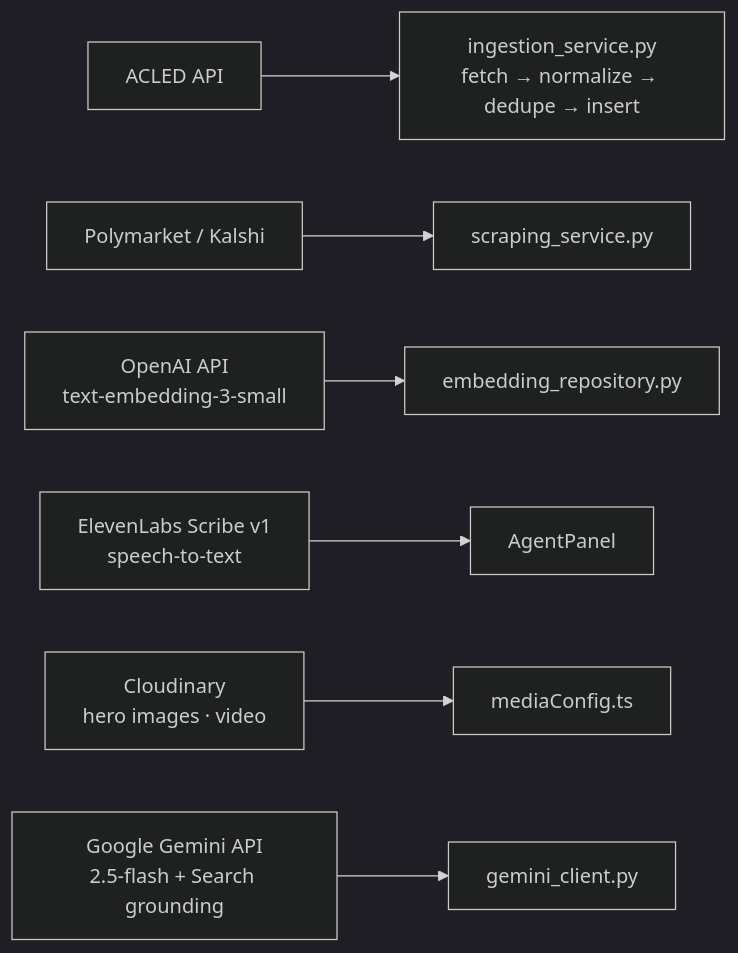
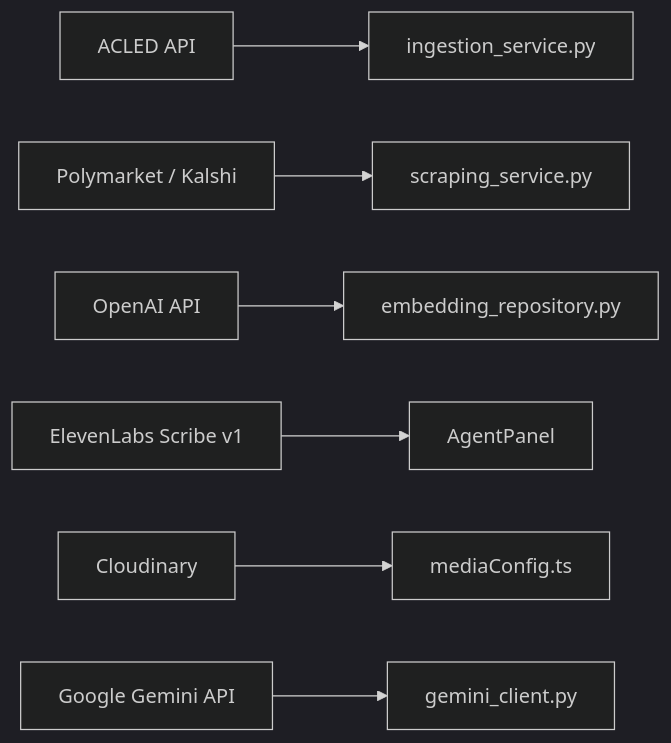
One commit to ryanzhou147/argus changed the third of 4 diagrams in README.md. Above: the diagram before and after it, drawn with Mermaid (dark theme). The commit also changed other lines of this file, not shown here.

Commit message:
chore: mermaid diagram update

````diff
--- a/README.md
+++ b/README.md
@@ -48,9 +48,9 @@
 ```mermaid
 flowchart LR
-    ACLEDApi["ACLED API"] --> IngestSvc["ingestion_service.py\nfetch → normalize → dedupe → insert"]
+    ACLEDApi["ACLED API"] --> IngestSvc["ingestion_service.py"]
     PolyKalshi["Polymarket / Kalshi"] --> ScrapeSvc["scraping_service.py"]
-    OpenAI["OpenAI API\ntext-embedding-3-small"] --> EmbedRepo["embedding_repository.py"]
-    ElevenLabs["ElevenLabs Scribe v1\nspeech-to-text"] --> AgentPanel["AgentPanel"]
-    Cloudinary["Cloudinary\nhero images · video"] --> MediaCfg["mediaConfig.ts"]
-    GeminiAPI["Google Gemini API\n2.5-flash + Search grounding"] --> GeminiClient["gemini_client.py"]
+    OpenAI["OpenAI API"] --> EmbedRepo["embedding_repository.py"]
+    ElevenLabs["ElevenLabs Scribe v1"] --> AgentPanel["AgentPanel"]
+    Cloudinary["Cloudinary"] --> MediaCfg["mediaConfig.ts"]
+    GeminiAPI["Google Gemini API"] --> GeminiClient["gemini_client.py"]
 ```
````
